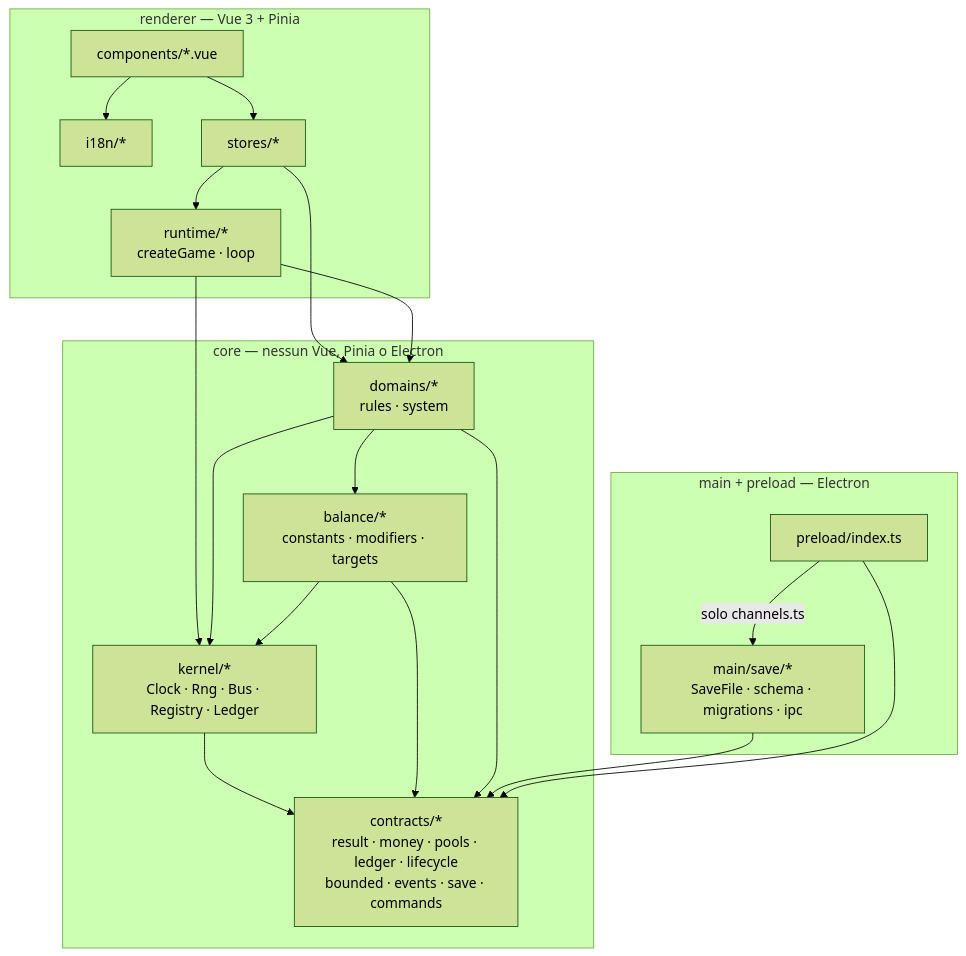
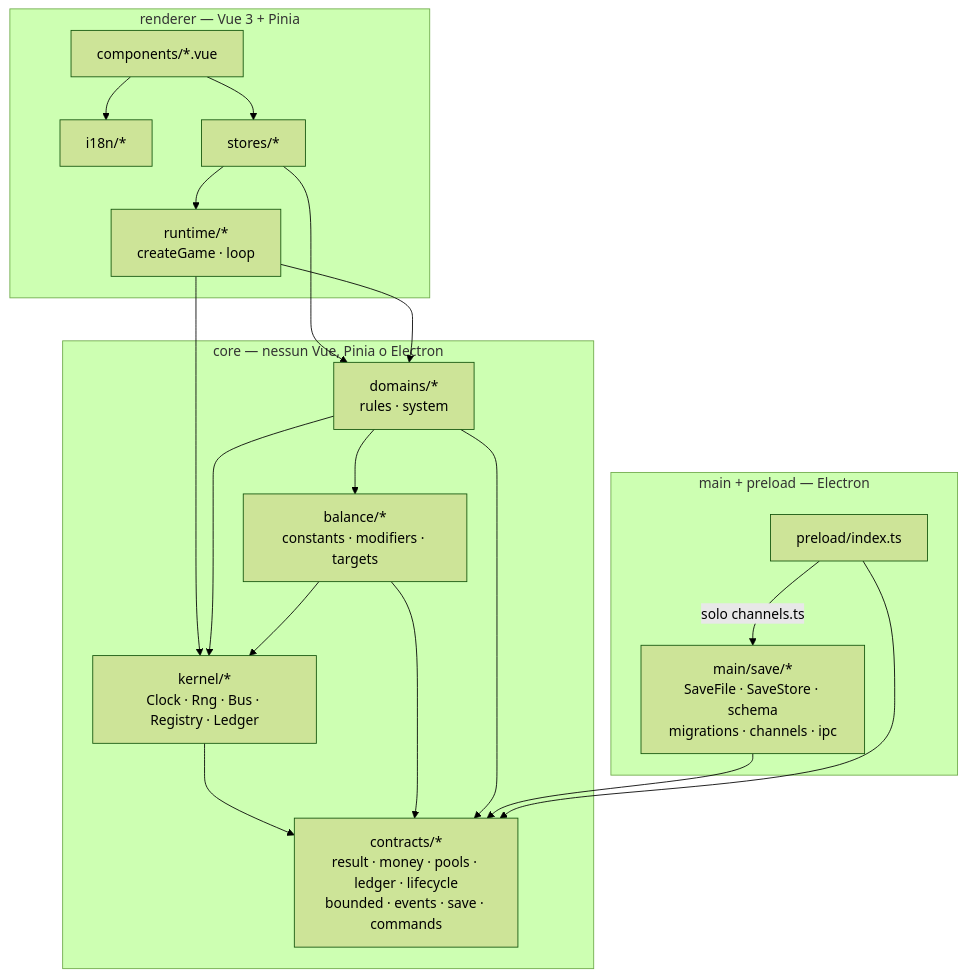
The diagram in docs/architettura.md (devfrx/solvent), drawn with Mermaid (forest theme) before and after one commit. The commit also changed other lines of this file and 9 other files, not shown here.

````diff
--- a/docs/architettura.md
+++ b/docs/architettura.md
@@ -14,37 +14,37 @@
 ```mermaid
 flowchart TD
   subgraph MAIN["main + preload — Electron"]
-    SAVE["main/save/*<br/>SaveFile · schema · migrations · ipc"]
+    SAVE["main/save/*<br/>SaveFile · SaveStore · schema<br/>migrations · channels · ipc"]
     PRE["preload/index.ts"]
   end
 
   subgraph REND["renderer — Vue 3 + Pinia"]
     CMP["components/*.vue"]
     I18N["i18n/*"]
     ST["stores/*"]
     RT["runtime/*<br/>createGame · loop"]
   end
 
   subgraph CORE["core — nessun Vue, Pinia o Electron"]
     DOM["domains/*<br/>rules · system"]
     BAL["balance/*<br/>constants · modifiers · targets"]
     KER["kernel/*<br/>Clock · Rng · Bus · Registry · Ledger"]
     CON["contracts/*<br/>result · money · pools · ledger · lifecycle<br/>bounded · events · save · commands"]
   end
 
   CMP --> ST
   CMP --> I18N
   ST  --> RT
   ST  --> DOM
   RT  --> DOM
   RT  --> KER
   DOM --> BAL
   DOM --> KER
   BAL --> KER
   KER --> CON
   BAL --> CON
   DOM --> CON
   SAVE --> CON
   PRE --> CON
   PRE -->|solo channels.ts| SAVE
 ```
````
